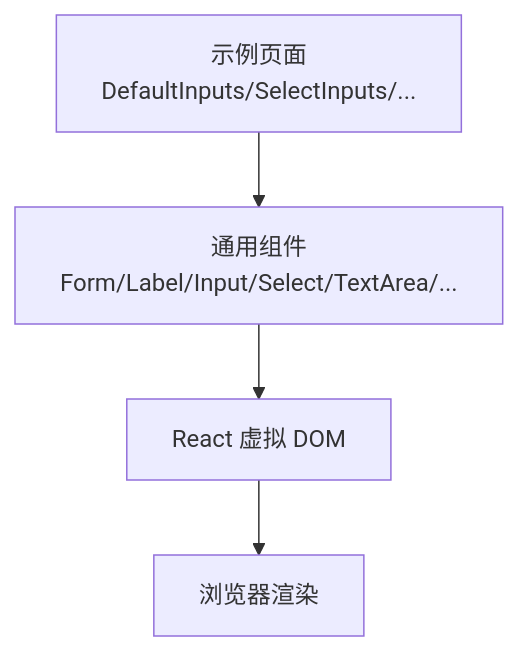
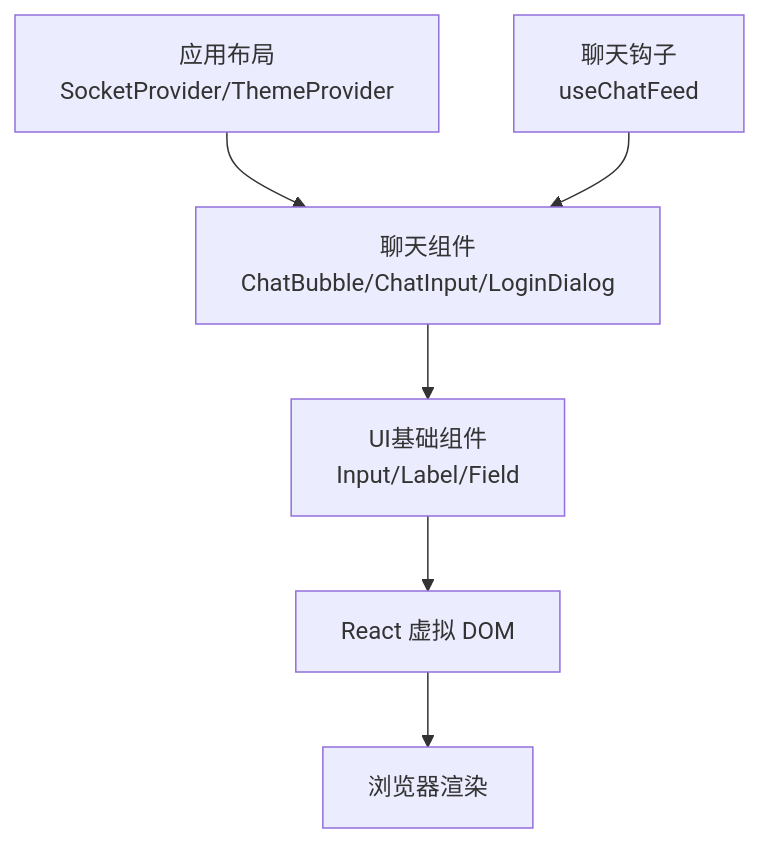
One commit to HAOFUYANG/nextjs-admin changed the second of 5 diagrams in .qoder/repowiki/zh/content/表单处理系统/表单处理系统.md. Above: the diagram before and after it, drawn with Mermaid. The commit also changed other lines of this file and 36 other files, not shown here.

````diff
--- a/.qoder/repowiki/zh/content/表单处理系统/表单处理系统.md
+++ b/.qoder/repowiki/zh/content/表单处理系统/表单处理系统.md
@@ -128,6 +107,8 @@
 ```mermaid
 graph TB
-UI["示例页面<br/>DefaultInputs/SelectInputs/..."] --> C["通用组件<br/>Form/Label/Input/Select/TextArea/..."]
+UI["聊天组件<br/>ChatBubble/ChatInput/LoginDialog"] --> C["UI基础组件<br/>Input/Label/Field"]
 C --> VDOM["React 虚拟 DOM"]
 VDOM --> Browser["浏览器渲染"]
+LAYOUT["应用布局<br/>SocketProvider/ThemeProvider"] --> UI
+HOOKS["聊天钩子<br/>useChatFeed"] --> UI
 ```
````
